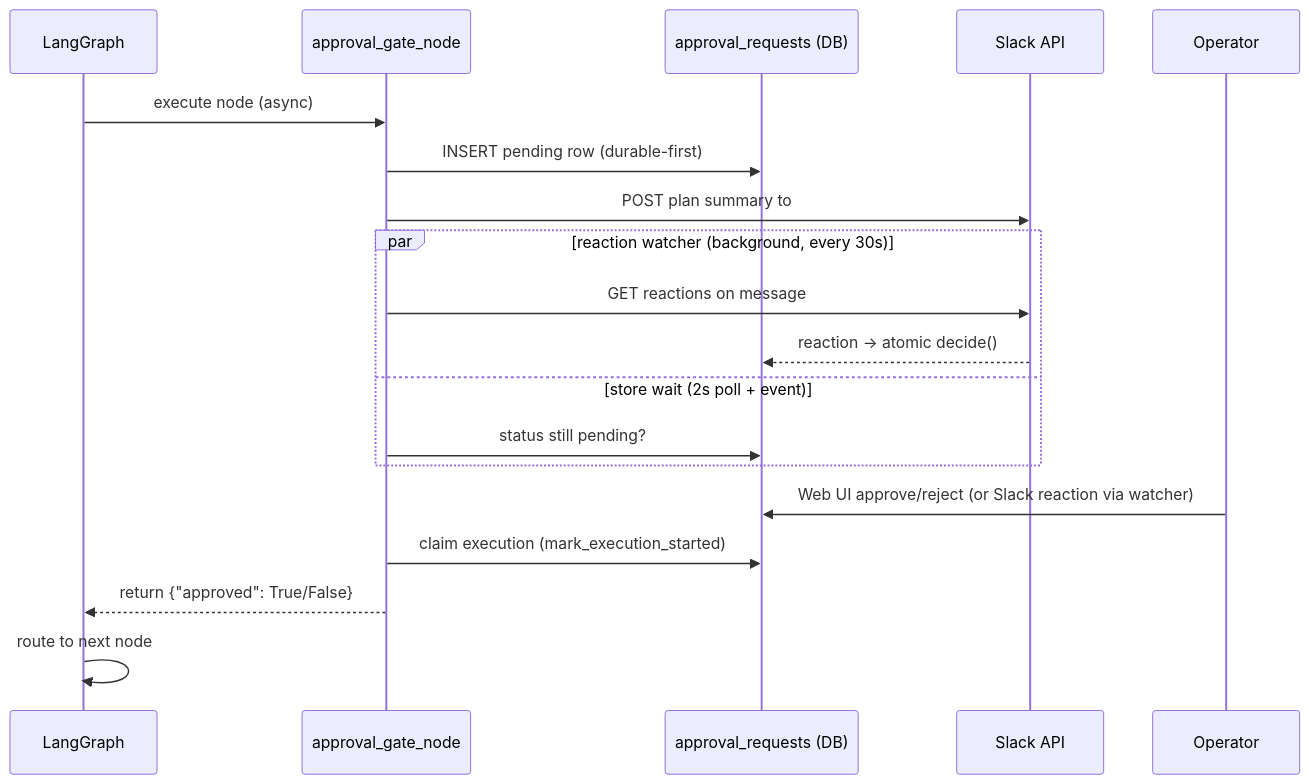
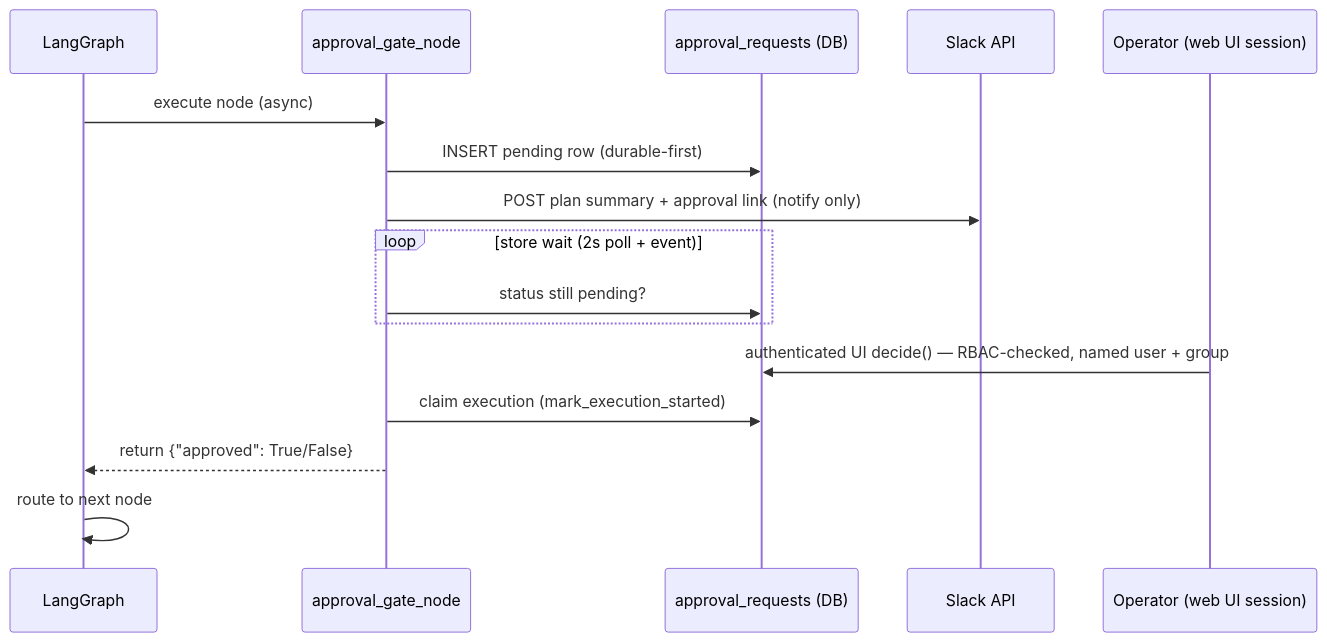
The fifth of 6 diagrams in docs/langgraph-primer.md (psc0des/Errander-AI), drawn with Mermaid before and after one commit. The commit also changed other lines of this file and 47 other files, not shown here.

Commit message:
feat: R2 web-only approval — users/groups RBAC, Slack notify+link (8d step 3)

````diff
--- a/docs/langgraph-primer.md
+++ b/docs/langgraph-primer.md
@@ -304,22 +305,19 @@
 ```mermaid
 sequenceDiagram
     participant Graph as LangGraph
     participant Gate as approval_gate_node
     participant Store as approval_requests (DB)
     participant Slack as Slack API
-    participant Human as Operator
+    participant Human as Operator (web UI session)
 
     Graph->>Gate: execute node (async)
     Gate->>Store: INSERT pending row (durable-first)
-    Gate->>Slack: POST plan summary to #errander-approvals
-    par reaction watcher (background, every 30s)
-        Gate->>Slack: GET reactions on message
-        Slack-->>Store: reaction → atomic decide()
-    and store wait (2s poll + event)
+    Gate->>Slack: POST plan summary + approval link (notify only)
+    loop store wait (2s poll + event)
         Gate->>Store: status still pending?
     end
-    Human->>Store: Web UI approve/reject (or Slack reaction via watcher)
+    Human->>Store: authenticated UI decide() — RBAC-checked, named user + group
     Gate->>Store: claim execution (mark_execution_started)
     Gate-->>Graph: return {"approved": True/False}
     Graph->>Graph: route to next node
 ```
````
